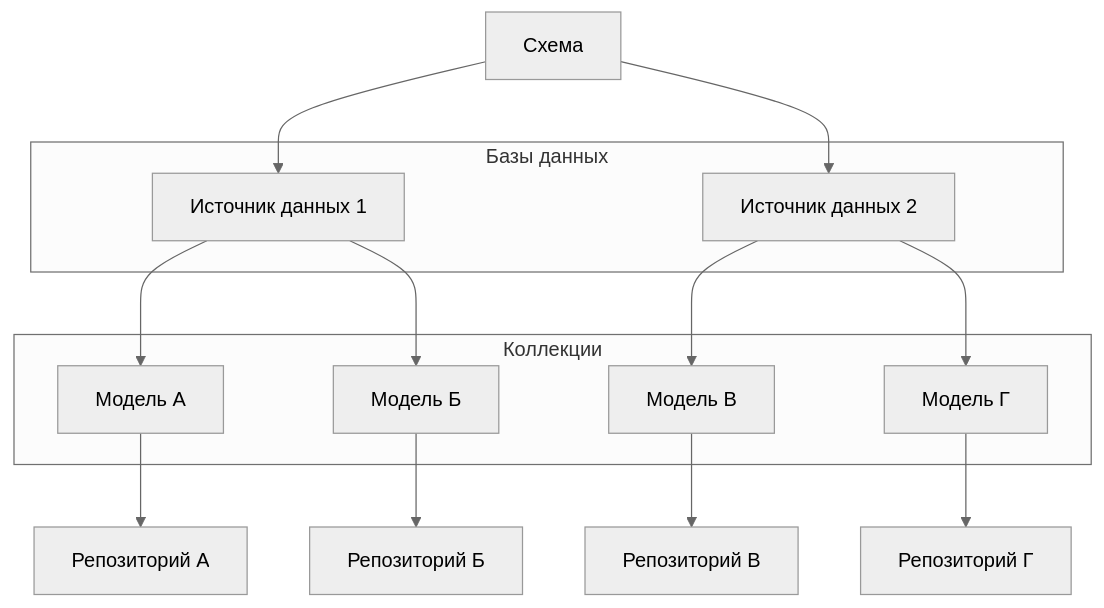
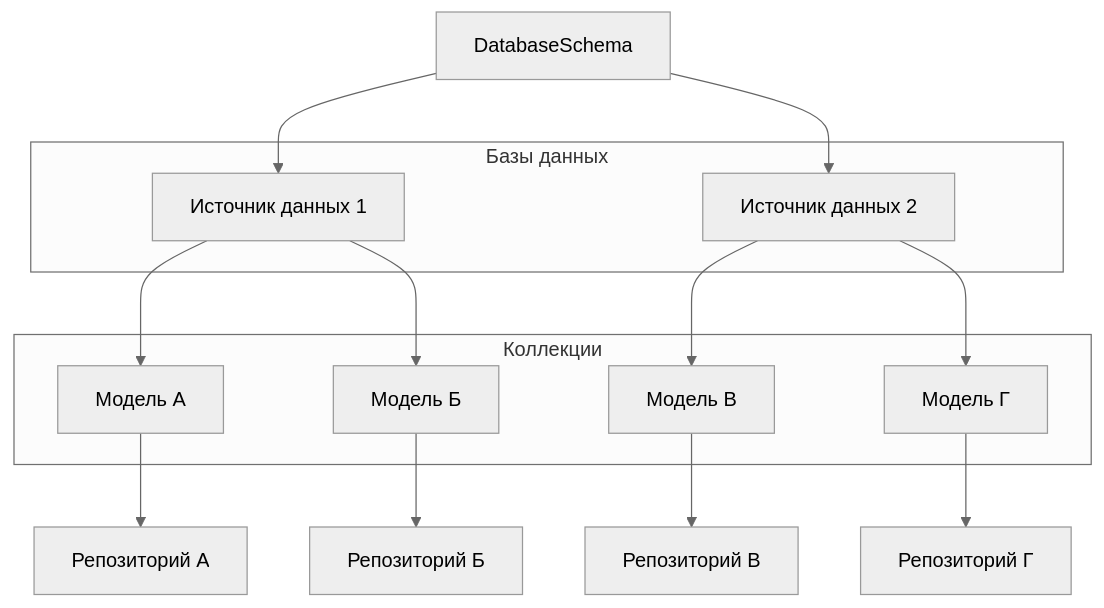
Before and after one commit to e22m4u/js-repository: the diagram in README.md, drawn with Mermaid (neutral theme). The commit also changed other lines of this file, not shown here.

````diff
--- a/README.md
+++ b/README.md
@@ -93,31 +93,31 @@
 ```mermaid
 flowchart TD
 
-  A[Схема]
+  A[DatabaseSchema]
   subgraph Базы данных
     B[Источник данных 1]
     C[Источник данных 2]
   end
   A-->B
   A-->C
 
   subgraph Коллекции
     D[Модель A]
     E[Модель Б]
     F[Модель В]
     G[Модель Г]
   end
   B-->D
   B-->E
   C-->F
   C-->G
 
   H[Репозиторий A]
   I[Репозиторий Б]
   J[Репозиторий В]
   K[Репозиторий Г]
   D-->H
   E-->I
   F-->J
   G-->K
 ```
````
